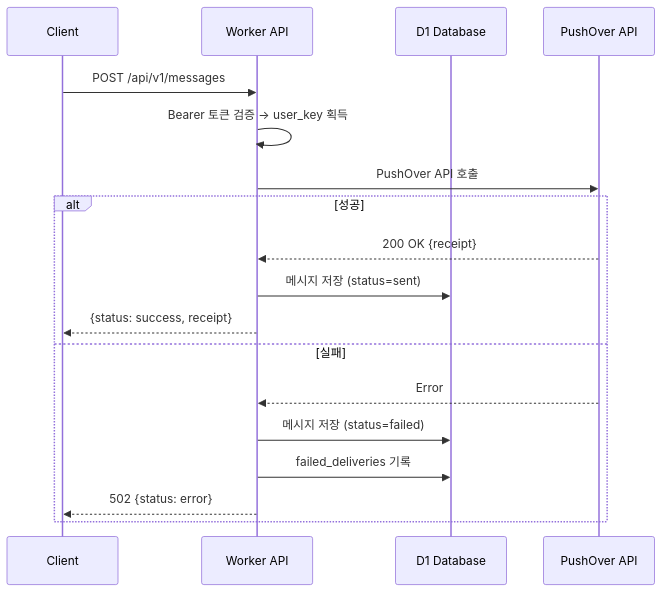
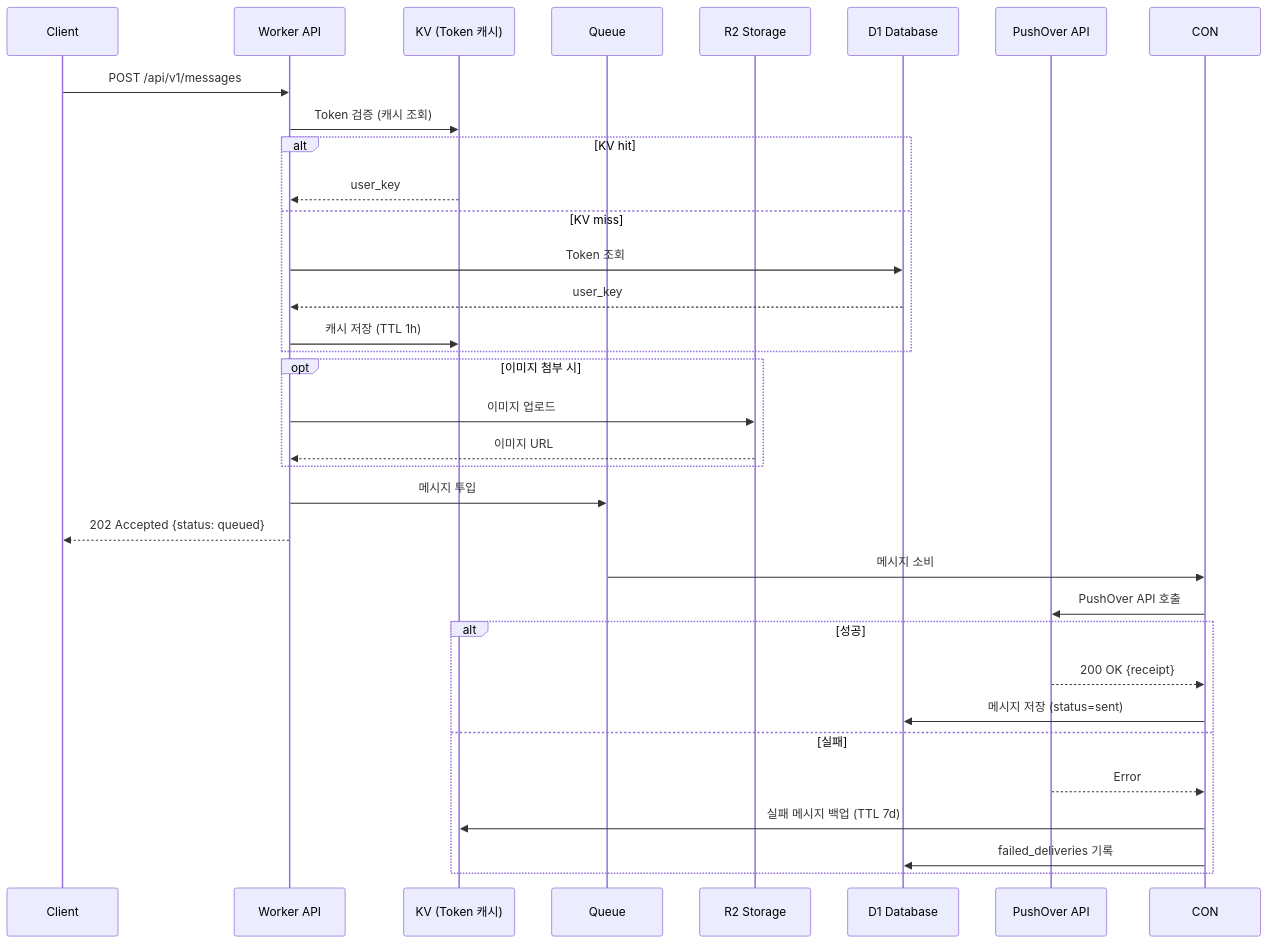
The second of 5 diagrams in README.md (deuxksy/PushOver), drawn with Mermaid before and after one commit. The commit also changed other lines of this file and 1 other file, not shown here.

First line of the commit message:
docs: 아키텍처에 Queue, KV, R2 반영 및 v0.2.0 R2 기능 추가

````diff
--- a/README.md
+++ b/README.md
@@ -57,21 +72,37 @@
 ```mermaid
 sequenceDiagram
     participant C as Client
     participant W as Worker API
+    participant KV as KV (Token 캐시)
+    participant Q as Queue
+    participant R2 as R2 Storage
     participant D1 as D1 Database
     participant PO as PushOver API
 
     C->>W: POST /api/v1/messages
-    W->>W: Bearer 토큰 검증 → user_key 획득
-    W->>PO: PushOver API 호출
+    W->>KV: Token 검증 (캐시 조회)
+    alt KV hit
+        KV-->>W: user_key
+    else KV miss
+        W->>D1: Token 조회
+        D1-->>W: user_key
+        W->>KV: 캐시 저장 (TTL 1h)
+    end
+    opt 이미지 첨부 시
+        W->>R2: 이미지 업로드
+        R2-->>W: 이미지 URL
+    end
+    W->>Q: 메시지 투입
+    W-->>C: 202 Accepted {status: queued}
+
+    Q->>CON: 메시지 소비
+    CON->>PO: PushOver API 호출
     alt 성공
-        PO-->>W: 200 OK {receipt}
-        W->>D1: 메시지 저장 (status=sent)
-        W-->>C: {status: success, receipt}
+        PO-->>CON: 200 OK {receipt}
+        CON->>D1: 메시지 저장 (status=sent)
     else 실패
-        PO-->>W: Error
-        W->>D1: 메시지 저장 (status=failed)
-        W->>D1: failed_deliveries 기록
-        W-->>C: 502 {status: error}
+        PO-->>CON: Error
+        CON->>KV: 실패 메시지 백업 (TTL 7d)
+        CON->>D1: failed_deliveries 기록
     end
 ```
````
